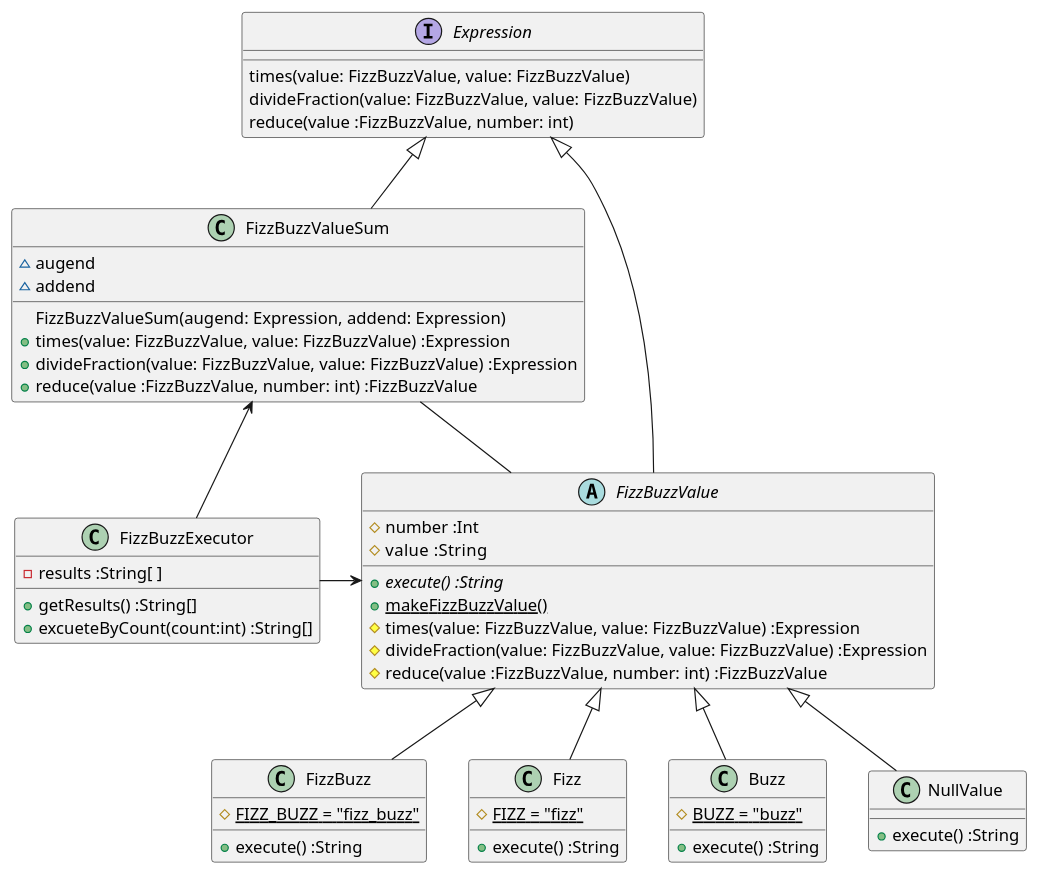
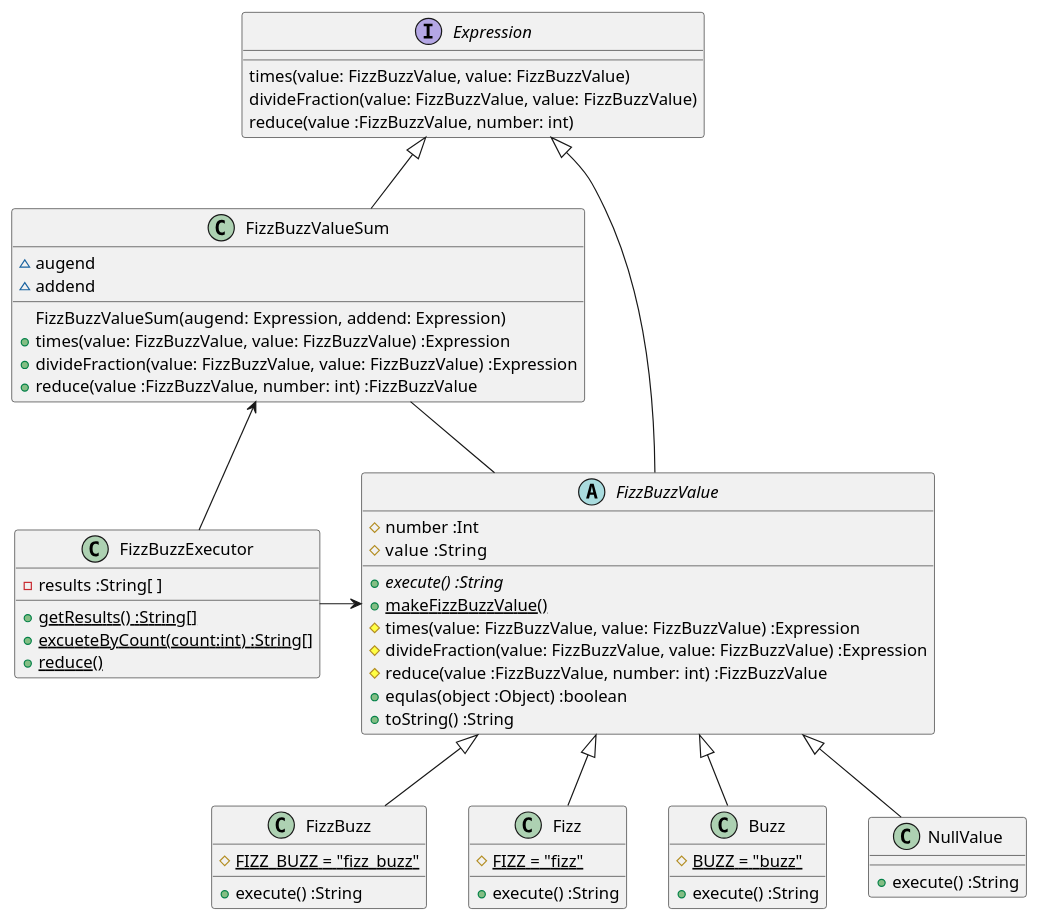
The first of 2 diagrams in docs/src/fizzbuzz.md (k2works/etude_for_java), drawn with PlantUML before and after one commit. The commit also changed other lines of this file and 7 other files, not shown here.

````diff
--- a/docs/src/fizzbuzz.md
+++ b/docs/src/fizzbuzz.md
@@ -36,56 +37,59 @@
 ```puml
 @startuml
 class FizzBuzzExecutor {
   -results :String[ ]
-  +getResults() :String[]  
-  +excueteByCount(count:int) :String[]
+  +{static}getResults() :String[]  
+  +{static}excueteByCount(count:int) :String[]
+  +{static}reduce()
 }
 abstract class FizzBuzzValue {
   #number :Int
   #value  :String
   +{abstract}execute() :String
   +{static} makeFizzBuzzValue()
   #times(value: FizzBuzzValue, value: FizzBuzzValue) :Expression
   #divideFraction(value: FizzBuzzValue, value: FizzBuzzValue) :Expression
   #reduce(value :FizzBuzzValue, number: int) :FizzBuzzValue
+  +equlas(object :Object) :boolean
+  +toString() :String
 }
 class FizzBuzz {
   #{static} FIZZ_BUZZ = "fizz_buzz"
   +execute() :String
 }
 class Fizz {
   #{static} FIZZ = "fizz"
   +execute() :String
 }
 class Buzz {
   #{static} BUZZ = "buzz"  
   +execute() :String  
 }
 class NullValue {
   +execute() :String  
 }
 class FizzBuzzValueSum {
   ~augend
   ~addend
   FizzBuzzValueSum(augend: Expression, addend: Expression)
   +times(value: FizzBuzzValue, value: FizzBuzzValue) :Expression
   +divideFraction(value: FizzBuzzValue, value: FizzBuzzValue) :Expression
   +reduce(value :FizzBuzzValue, number: int) :FizzBuzzValue
 }
 interface Expression {
   times(value: FizzBuzzValue, value: FizzBuzzValue)
   divideFraction(value: FizzBuzzValue, value: FizzBuzzValue)
   reduce(value :FizzBuzzValue, number: int)
 }
 FizzBuzzExecutor -> FizzBuzzValue
 FizzBuzzValue <|-- Fizz
 FizzBuzzValue <|-- Buzz
 FizzBuzzValue <|-- FizzBuzz
 FizzBuzzValue <|-- NullValue
 FizzBuzzValueSum -- FizzBuzzValue
 FizzBuzzValueSum <- FizzBuzzExecutor
 Expression <|- FizzBuzzValue
 Expression <|-- FizzBuzzValueSum
 
 @enduml
 ```
````
